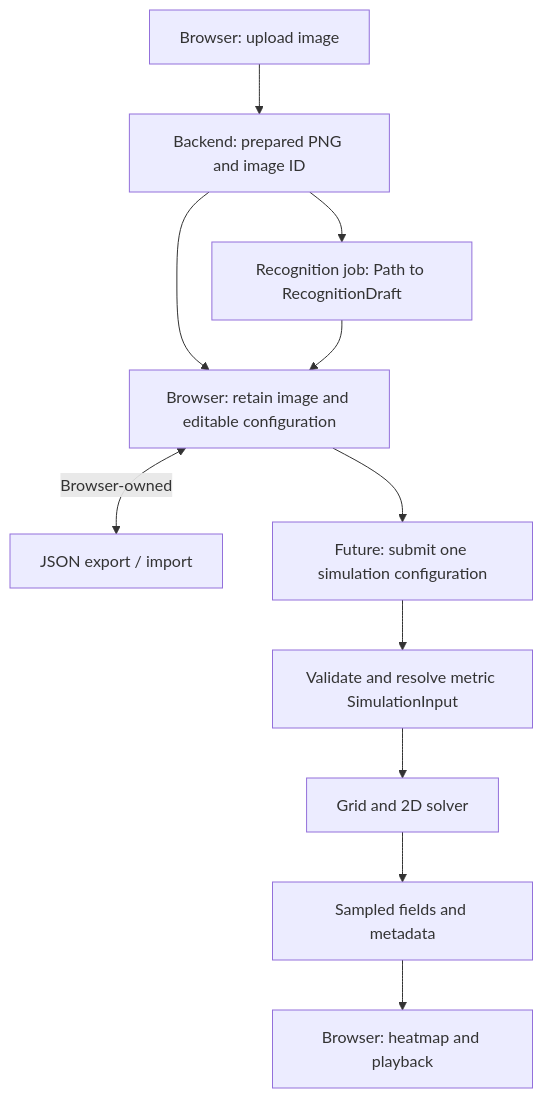
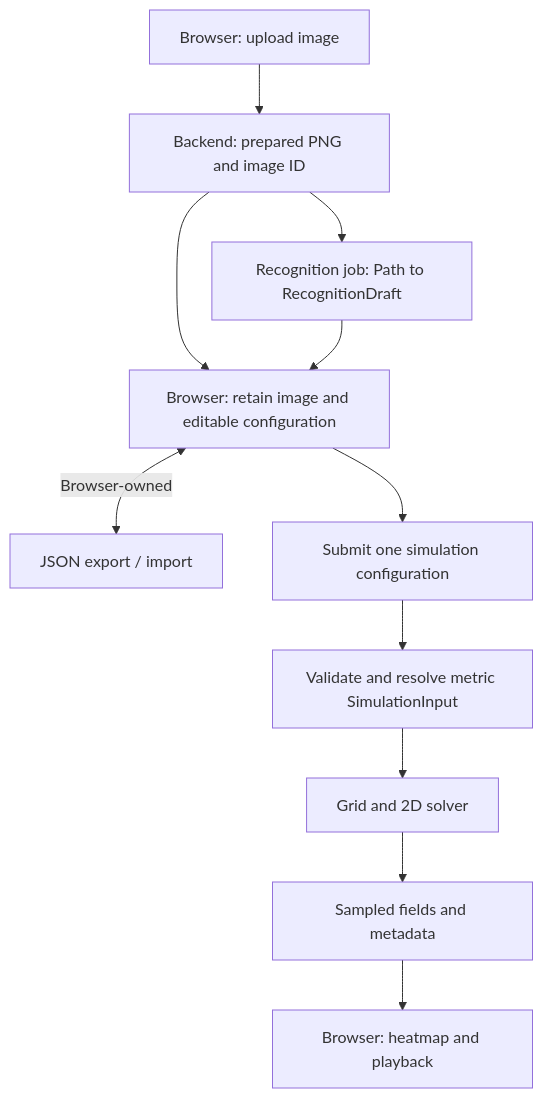
The diagram in backend/README.md (donngas/aromap), drawn with Mermaid before and after one commit. The commit also changed other lines of this file and 5 other files, not shown here.

````diff
--- a/backend/README.md
+++ b/backend/README.md
@@ -820,13 +820,13 @@
 ```mermaid
 flowchart TD
     Upload["Browser: upload image"] --> Prepared["Backend: prepared PNG and image ID"]
     Prepared --> Recognition["Recognition job: Path to RecognitionDraft"]
     Prepared --> Browser["Browser: retain image and editable configuration"]
     Recognition --> Browser
     Browser <-->|"Browser-owned"| Save["JSON export / import"]
-    Browser --> Simulation["Future: submit one simulation configuration"]
+    Browser --> Simulation["Submit one simulation configuration"]
     Simulation --> Metric["Validate and resolve metric SimulationInput"]
     Metric --> Engine["Grid and 2D solver"]
     Engine --> Result["Sampled fields and metadata"]
     Result --> Playback["Browser: heatmap and playback"]
 ```
````
